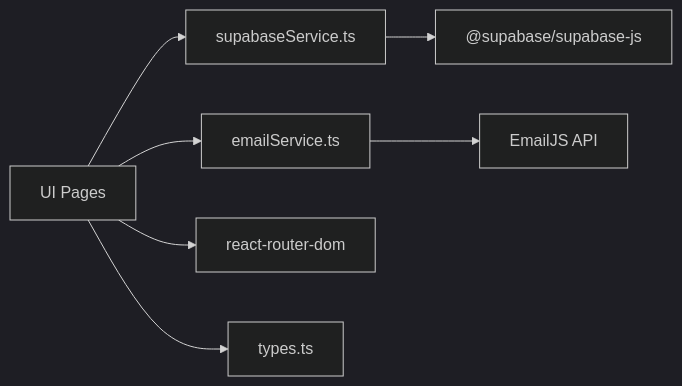
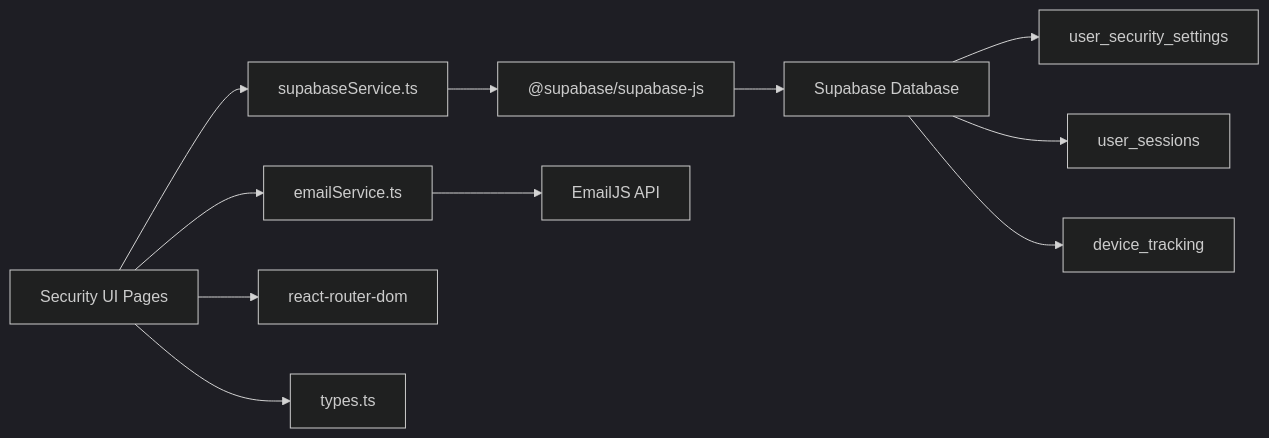
Before and after one commit to zpria/ACCOUND-ZPRIA: diagram 11 of 11 in .qoder/repowiki/en/content/Authentication System/Security Measures.md, drawn with Mermaid (dark theme). The commit also changed other lines of this file and 12 other files, not shown here.

````diff
--- a/.qoder/repowiki/en/content/Authentication System/Security Measures.md
+++ b/.qoder/repowiki/en/content/Authentication System/Security Measures.md
@@ -331,9 +463,13 @@
 ```mermaid
 graph LR
-UI["UI Pages"] --> SVC["supabaseService.ts"]
+UI["Security UI Pages"] --> SVC["supabaseService.ts"]
 UI --> EMAIL["emailService.ts"]
 SVC --> SUPA["@supabase/supabase-js"]
 UI --> ROUTER["react-router-dom"]
 UI --> TYPES["types.ts"]
 EMAIL --> EMAILJS["EmailJS API"]
+SUPA --> DB["Supabase Database"]
+DB --> SECURITY["user_security_settings"]
+DB --> SESSIONS["user_sessions"]
+DB --> DEVICES["device_tracking"]
 ```
````
